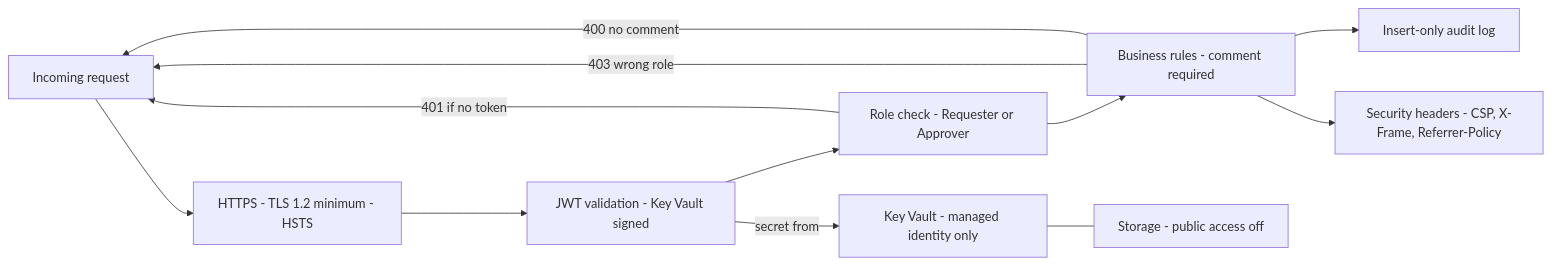
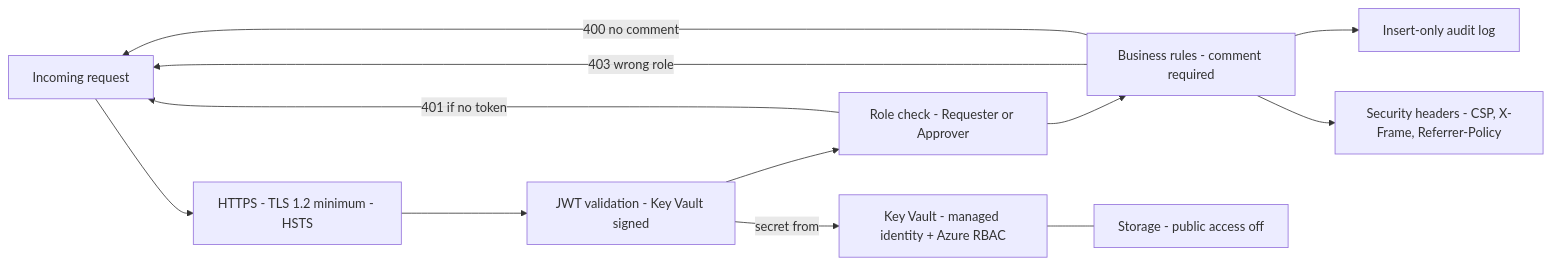
One commit to Jugcmd/CloudSec changed the third of 5 diagrams in docs/presentation-diagrams.md. Above: the diagram before and after it, drawn with Mermaid. The commit also changed other lines of this file, not shown here.

Commit message:
docs: update system architecture diagrams to include ARM JSON and ARM API, and clarify Key Vault access management

````diff
--- a/docs/presentation-diagrams.md
+++ b/docs/presentation-diagrams.md
@@ -59,20 +61,20 @@
 ```mermaid
 flowchart LR
     REQ["Incoming request"]
     TLS["HTTPS - TLS 1.2 minimum - HSTS"]
     JWT["JWT validation - Key Vault signed"]
     RBAC["Role check - Requester or Approver"]
     BIZ["Business rules - comment required"]
     AUDIT["Insert-only audit log"]
     HDRS["Security headers - CSP, X-Frame, Referrer-Policy"]
-    KV["Key Vault - managed identity only"]
+    KV["Key Vault - managed identity + Azure RBAC"]
     STOR["Storage - public access off"]
 
     REQ --> TLS --> JWT --> RBAC --> BIZ --> AUDIT
     BIZ --> HDRS
     JWT -->|"secret from"| KV
     RBAC -->|"401 if no token"| REQ
     BIZ -->|"403 wrong role"| REQ
     BIZ -->|"400 no comment"| REQ
     KV --- STOR
 ```
````
